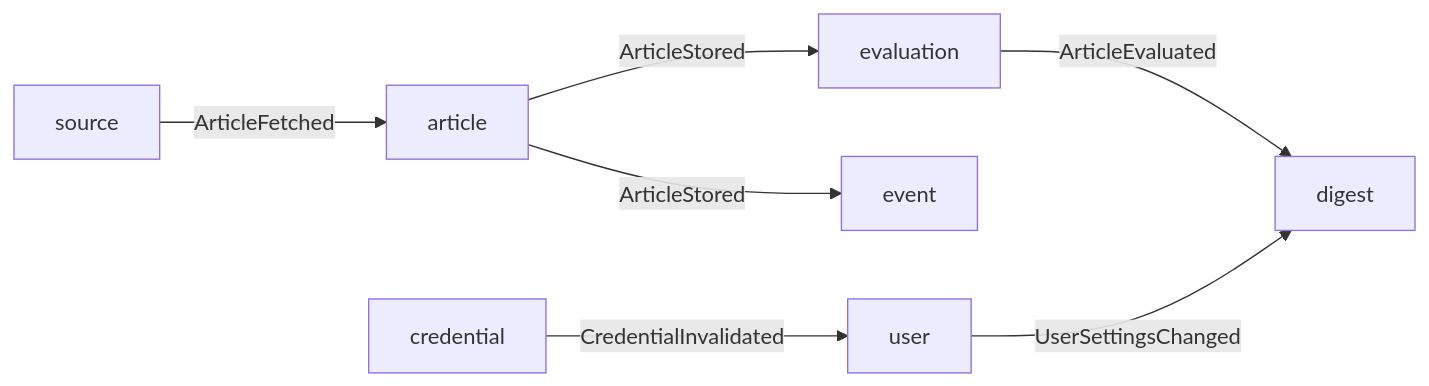
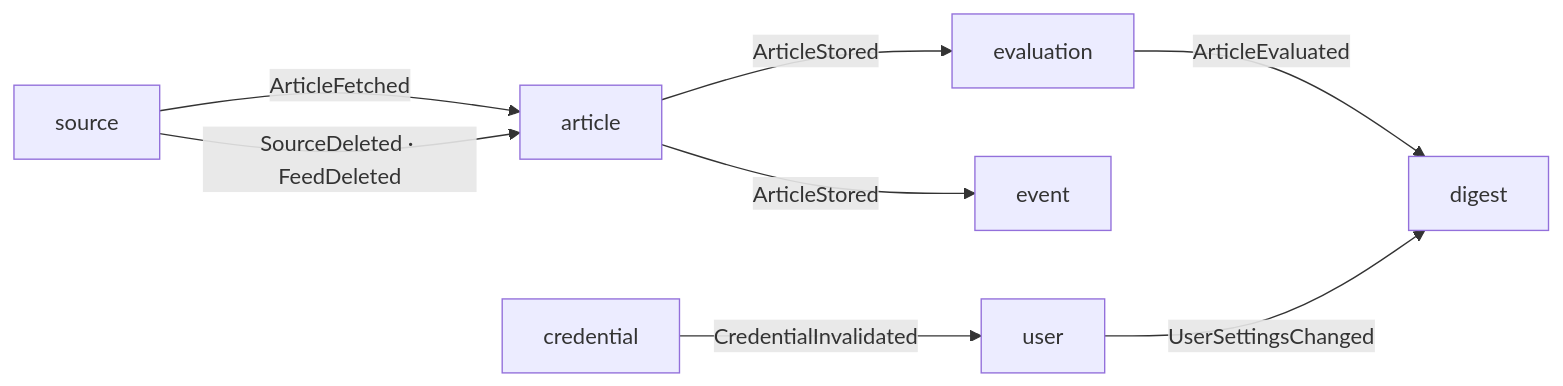
Before and after one commit to Theia0382/yozm-news: the second of 2 diagrams in docs/overview.md, drawn with Mermaid. The commit also changed other lines of this file and 19 other files, not shown here.

````diff
--- a/docs/overview.md
+++ b/docs/overview.md
@@ -136,9 +136,10 @@
 ```mermaid
 flowchart LR
     source -- ArticleFetched --> article
+    source -- SourceDeleted · FeedDeleted --> article
     article -- ArticleStored --> evaluation
     article -- ArticleStored --> event
     evaluation -- ArticleEvaluated --> digest
     user -- UserSettingsChanged --> digest
     credential -- CredentialInvalidated --> user
 ```
````
